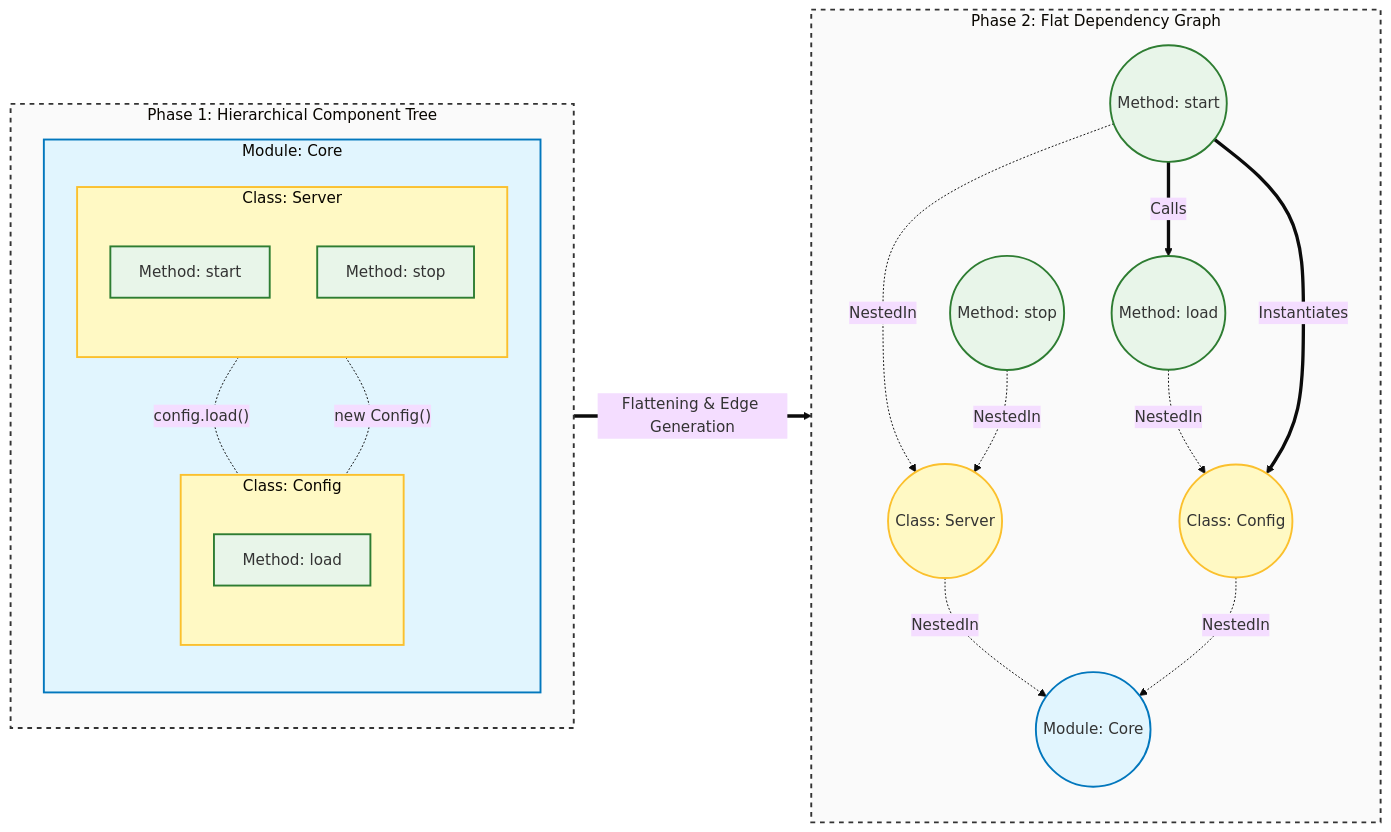
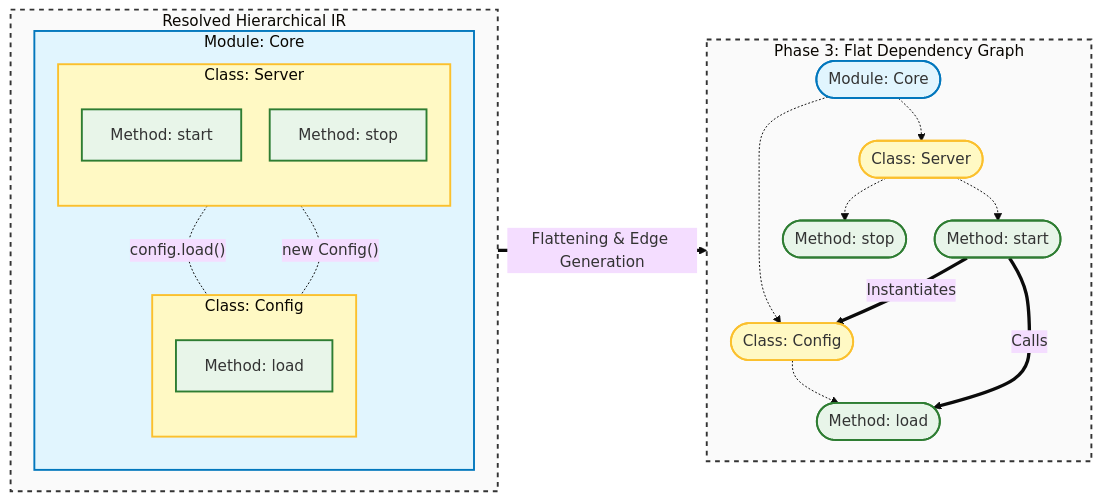
One commit to FerrarioChristian/master-thesis changed the diagram in images/formal_ir/graph_flattening_process.mmd. Above: the diagram before and after it, drawn with Mermaid (base theme). The commit also changed 1 other file, not shown here.

```diff
--- a/images/formal_ir/graph_flattening_process.mmd
+++ b/images/formal_ir/graph_flattening_process.mmd
@@ -1,64 +1,70 @@
+%%{init: {
+    'flowchart': {
+    'nodeSpacing': 30, 
+    'rankSpacing': 20
+  }
+  }}%%
 flowchart LR
     %% Left Side: Hierarchical IR
-    subgraph IR [Phase 1: Hierarchical Component Tree]
+    subgraph IR [Resolved Hierarchical IR]
         direction TB
         subgraph M1 [Module: Core]
             direction TB
             subgraph S1 [Class: Server]
                 direction TB
                 F1[Method: start]
                 F2[Method: stop]
             end
             subgraph S2 [Class: Config]
                 direction TB
                 F3[Method: load]
             end
         end
     end
 
     %% Transition
     IR ==> |Flattening & Edge Generation| DG
 
     %% Right Side: Flat Dependency Graph
-    subgraph DG [Phase 2: Flat Dependency Graph]
+    subgraph DG [Phase 3: Flat Dependency Graph]
         direction TB
-        N_M1((Module: Core))
-        N_S1((Class: Server))
-        N_S2((Class: Config))
-        N_F1((Method: start))
-        N_F2((Method: stop))
-        N_F3((Method: load))
+        N_M1([Module: Core])
+        N_S1([Class: Server])
+        N_S2([Class: Config])
+        N_F1([Method: start])
+        N_F2([Method: stop])
+        N_F3([Method: load])
         
-        %% Structural Edges (Containment)
-        N_S1 -. NestedIn .-> N_M1
-        N_S2 -. NestedIn .-> N_M1
-        N_F1 -. NestedIn .-> N_S1
-        N_F2 -. NestedIn .-> N_S1
-        N_F3 -. NestedIn .-> N_S2
+        %% Structural Edges (Containment & Nesting)
+        N_M1 -.-> N_S1
+        N_M1 -.-> N_S2
+        N_S1 -.-> N_F1
+        N_S1 -.-> N_F2
+        N_S2 -.-> N_F3
         
         %% Behavioral/Semantic Edges
         N_F1 == Instantiates ==> N_S2
         N_F1 == Calls ==> N_F3
     end
     
     %% Behavioral context in IR (just to show intent)
     F1 -.- |"new Config()"| S2
     F1 -.- |"config.load()"| F3
 
     %% Styling
     style IR fill:#fafafa,stroke:#333,stroke-width:2px,stroke-dasharray: 5 5
     style DG fill:#fafafa,stroke:#333,stroke-width:2px,stroke-dasharray: 5 5
     
     style M1 fill:#e1f5fe,stroke:#0277bd,stroke-width:2px
     style S1 fill:#fff9c4,stroke:#fbc02d,stroke-width:2px
     style S2 fill:#fff9c4,stroke:#fbc02d,stroke-width:2px
     style F1 fill:#e8f5e9,stroke:#2e7d32,stroke-width:2px
     style F2 fill:#e8f5e9,stroke:#2e7d32,stroke-width:2px
     style F3 fill:#e8f5e9,stroke:#2e7d32,stroke-width:2px
     
     style N_M1 fill:#e1f5fe,stroke:#0277bd,stroke-width:2px
     style N_S1 fill:#fff9c4,stroke:#fbc02d,stroke-width:2px
     style N_S2 fill:#fff9c4,stroke:#fbc02d,stroke-width:2px
     style N_F1 fill:#e8f5e9,stroke:#2e7d32,stroke-width:2px
     style N_F2 fill:#e8f5e9,stroke:#2e7d32,stroke-width:2px
     style N_F3 fill:#e8f5e9,stroke:#2e7d32,stroke-width:2px
```
